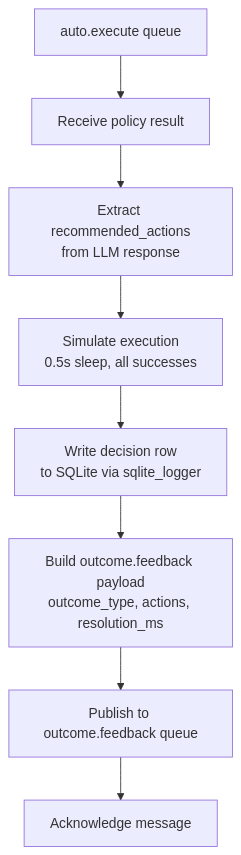
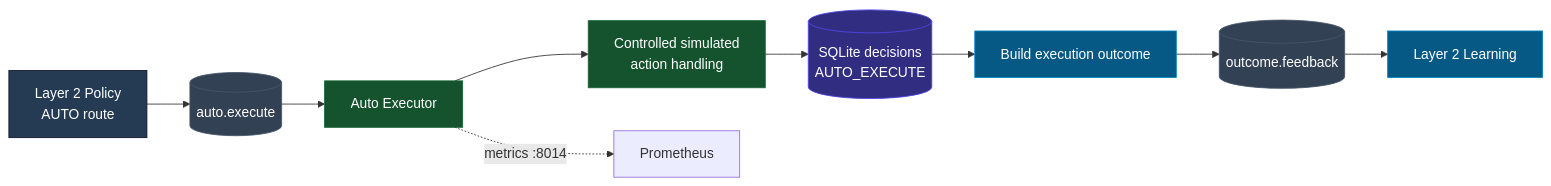
The second of 13 diagrams in layer3/docs/layer3_component_log.md (Spectre206/fyp-pipeline), drawn with Mermaid before and after one commit. The commit also changed other lines of this file and 19 other files, not shown here.

````diff
--- a/layer3/docs/layer3_component_log.md
+++ b/layer3/docs/layer3_component_log.md
@@ -42,10 +89,22 @@
-```mermaid
-flowchart TD
-    A[auto.execute queue] --> B[Receive policy result]
-    B --> C[Extract recommended_actions<br/>from LLM response]
-    C --> D[Simulate execution<br/>0.5s sleep, all successes]
-    D --> E[Write decision row<br/>to SQLite via sqlite_logger]
-    E --> F[Build outcome.feedback payload<br/>outcome_type, actions, resolution_ms]
-    F --> G[Publish to outcome.feedback queue]
-    G --> H[Acknowledge message]
-```
+~~~mermaid
+flowchart LR
+    classDef policy fill:#243b53,color:#fff,stroke:#0f172a
+    classDef queue fill:#334155,color:#fff,stroke:#475569
+    classDef auto fill:#14532d,color:#fff,stroke:#166534
+    classDef store fill:#312e81,color:#fff,stroke:#4f46e5
+    classDef feedback fill:#075985,color:#fff,stroke:#0284c7
+
+    P[Layer 2 Policy<br/>AUTO route] --> Q[(auto.execute)]
+    Q --> E[Auto Executor]
+    E --> X[Controlled simulated<br/>action handling]
+    X --> D[(SQLite decisions<br/>AUTO_EXECUTE)]
+    D --> F[Build execution outcome]
+    F --> O[(outcome.feedback)]
+    O --> L[Layer 2 Learning]
+    E -. metrics :8014 .-> M[Prometheus]
+    class P policy
+    class Q,O queue
+    class E,X auto
+    class D store
+    class F,L feedback
+~~~
````
